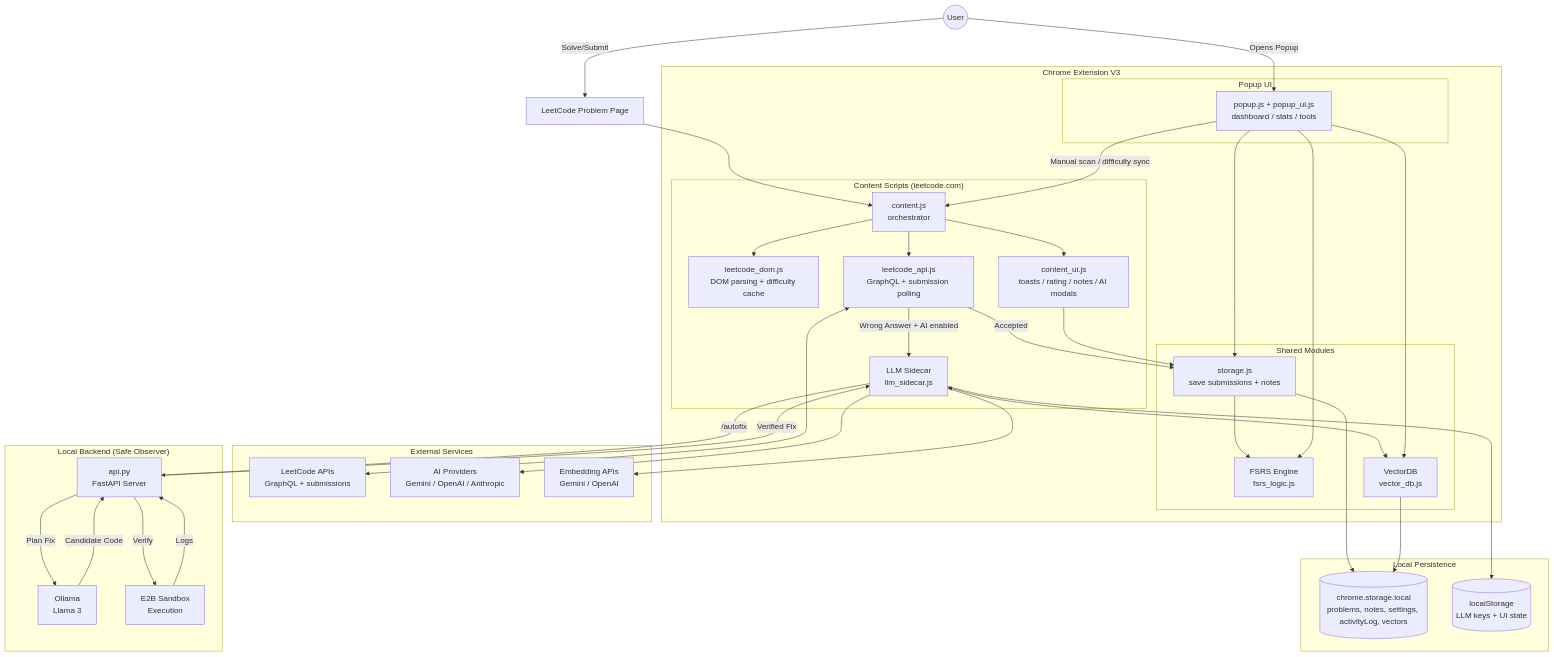
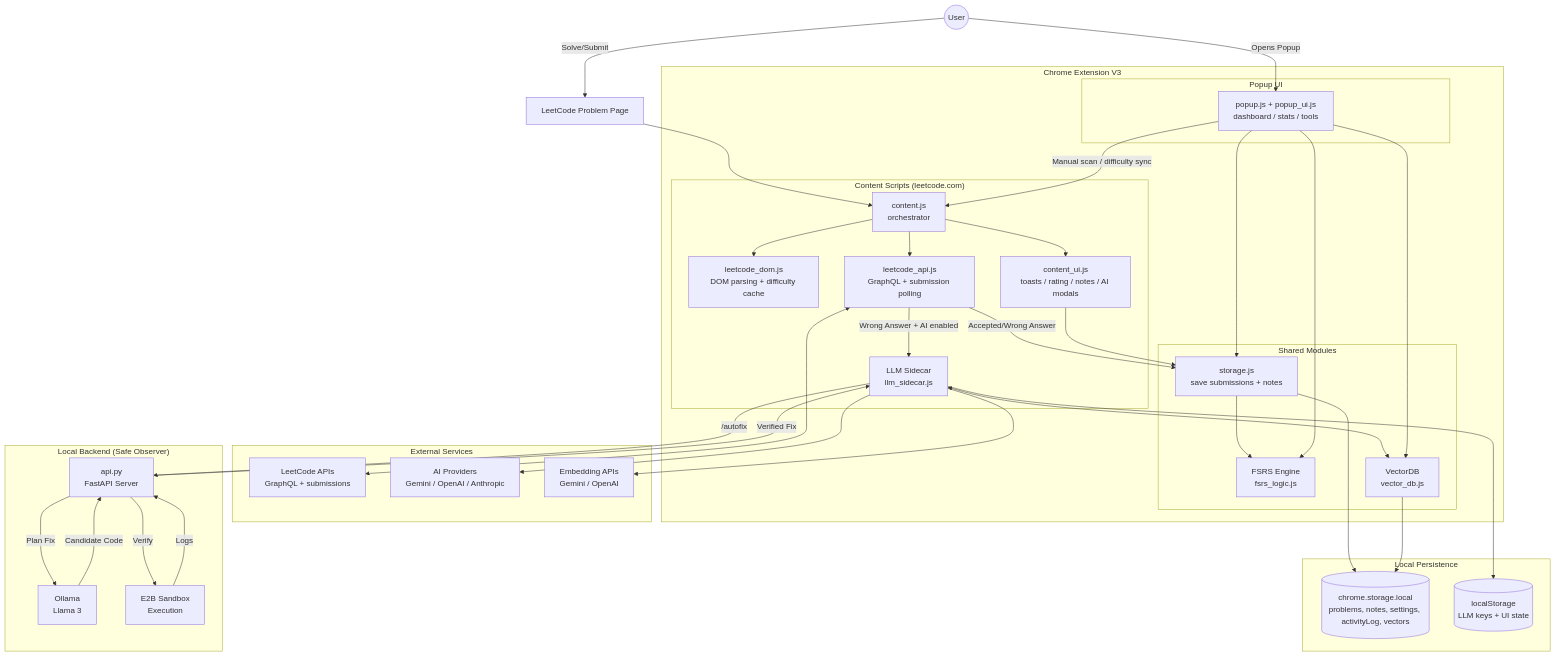
One commit to yc1838/LeetCode-EasyRepeat changed the first of 2 diagrams in README.md. Above: the diagram before and after it, drawn with Mermaid. The commit also changed other lines of this file and 27 other files, not shown here.

````diff
--- a/README.md
+++ b/README.md
@@ -398,77 +400,77 @@
 ```mermaid
 graph TD
     User((User))
     LCPage[LeetCode Problem Page]
 
     User -- Solve/Submit --> LCPage
 
     subgraph Extension["Chrome Extension V3"]
         subgraph Content["Content Scripts (leetcode.com)"]
             Orchestrator[content.js<br/>orchestrator]
             DOM[leetcode_dom.js<br/>DOM parsing + difficulty cache]
             API[leetcode_api.js<br/>GraphQL + submission polling]
             UI[content_ui.js<br/>toasts / rating / notes / AI modals]
             LLM[LLM Sidecar<br/>llm_sidecar.js]
         end
 
         subgraph Shared["Shared Modules"]
             StorageMod[storage.js<br/>save submissions + notes]
             SRS[FSRS Engine<br/>fsrs_logic.js]
             VDB[VectorDB<br/>vector_db.js]
         end
 
         subgraph Popup["Popup UI"]
             PopupJS[popup.js + popup_ui.js<br/>dashboard / stats / tools]
         end
     end
 
     subgraph Local["Local Persistence"]
         CS[(chrome.storage.local<br/>problems, notes, settings, activityLog, vectors)]
         LS[(localStorage<br/>LLM keys + UI state)]
     end
 
     subgraph External["External Services"]
         LCAPI[LeetCode APIs<br/>GraphQL + submissions]
         AI[AI Providers<br/>Gemini / OpenAI / Anthropic]
         Embed[Embedding APIs<br/>Gemini / OpenAI]
     end
 
     subgraph MCP["Local Backend (Safe Observer)"]
         FastAPI[api.py<br/>FastAPI Server]
         Ollama[Ollama<br/>Llama 3]
         Sandbox[E2B Sandbox<br/>Execution]
     end
 
     LCPage --> Orchestrator
     Orchestrator --> DOM
     Orchestrator --> API
     Orchestrator --> UI
 
     API <--> LCAPI
-    API -- Accepted --> StorageMod
+    API -- Accepted/Wrong Answer --> StorageMod
     API -- Wrong Answer + AI enabled --> LLM
 
     StorageMod --> SRS
     StorageMod --> CS
     UI --> StorageMod
 
     LLM --> AI
     LLM --> Embed
     LLM <--> VDB
     VDB --> CS
     LLM --> LS
     
     %% Safe Observer Loop
     LLM -- /autofix --> FastAPI
     FastAPI -- Plan Fix --> Ollama
     Ollama -- Candidate Code --> FastAPI
     FastAPI -- Verify --> Sandbox
     Sandbox -- Logs --> FastAPI
     FastAPI -- Verified Fix --> LLM
 
     User -- Opens Popup --> PopupJS
     PopupJS --> StorageMod
     PopupJS --> VDB
     PopupJS --> SRS
     PopupJS -- Manual scan / difficulty sync --> Orchestrator
 ```
````
